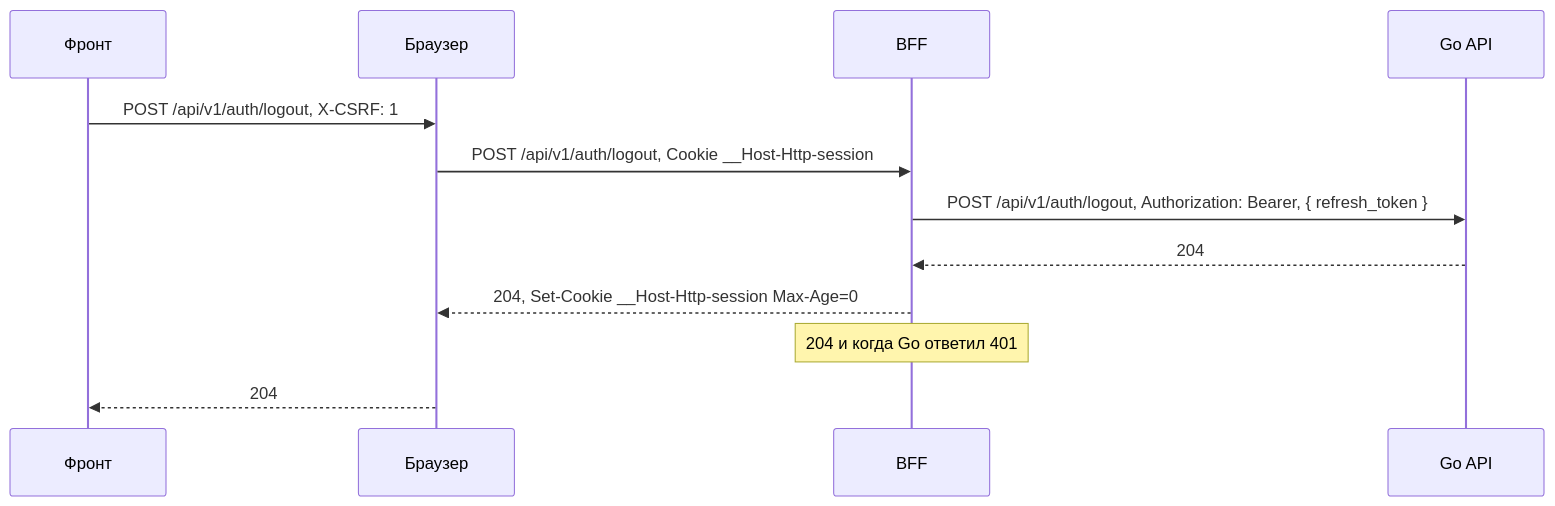
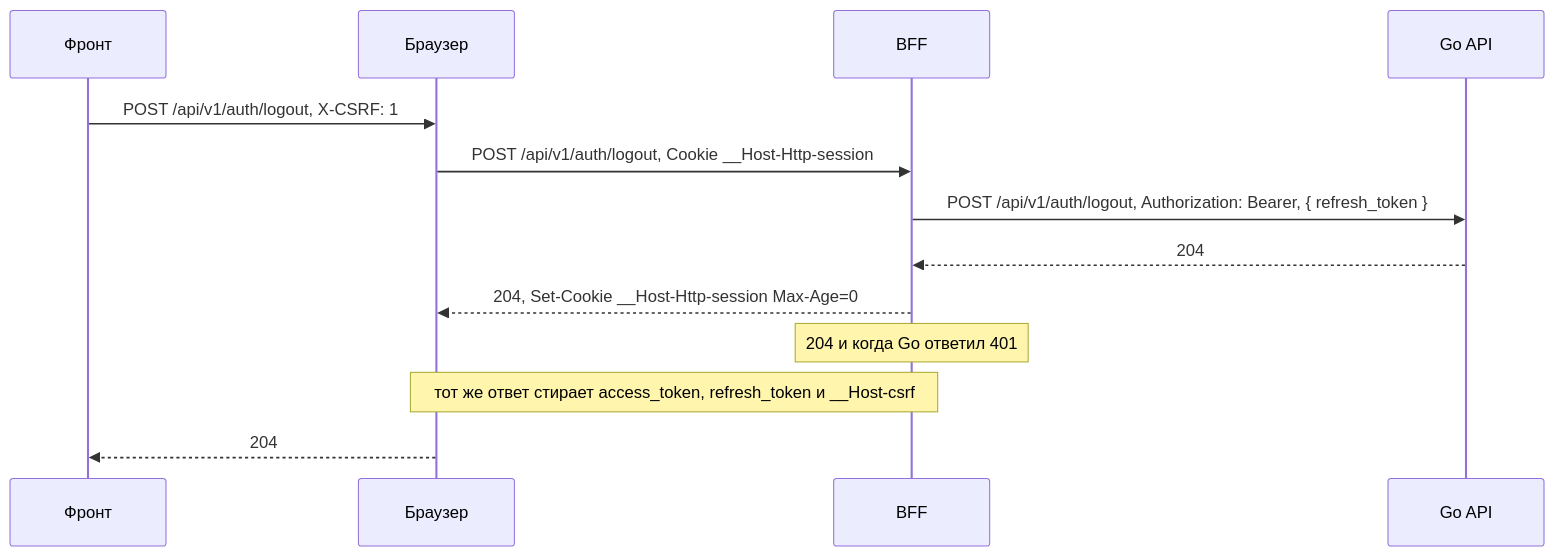
Before and after one commit to Cringe-Driven-Development-Team/docs: the fifth of 10 diagrams in site/bff/auth.md, drawn with Mermaid. The commit also changed other lines of this file and 3 other files, not shown here.

````diff
--- a/site/bff/auth.md
+++ b/site/bff/auth.md
@@ -204,14 +219,15 @@
 ```mermaid
 sequenceDiagram
   participant F as Фронт
   participant B as Браузер
   participant P as BFF
   participant A as Go API
   F->>B: POST /api/v1/auth/logout, X-CSRF: 1
   B->>P: POST /api/v1/auth/logout, Cookie __Host-Http-session
   P->>A: POST /api/v1/auth/logout, Authorization: Bearer, { refresh_token }
   A-->>P: 204
   P-->>B: 204, Set-Cookie __Host-Http-session Max-Age=0
   Note over P: 204 и когда Go ответил 401
+  Note over P,B: тот же ответ стирает access_token, refresh_token и __Host-csrf
   B-->>F: 204
 ```
````
